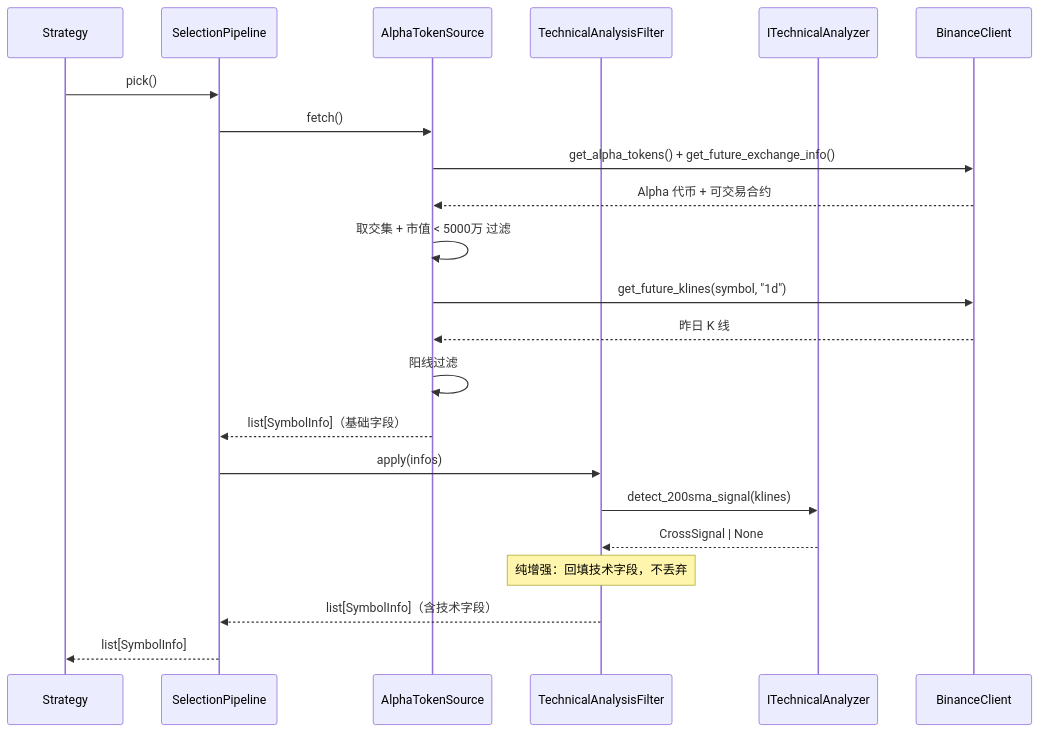
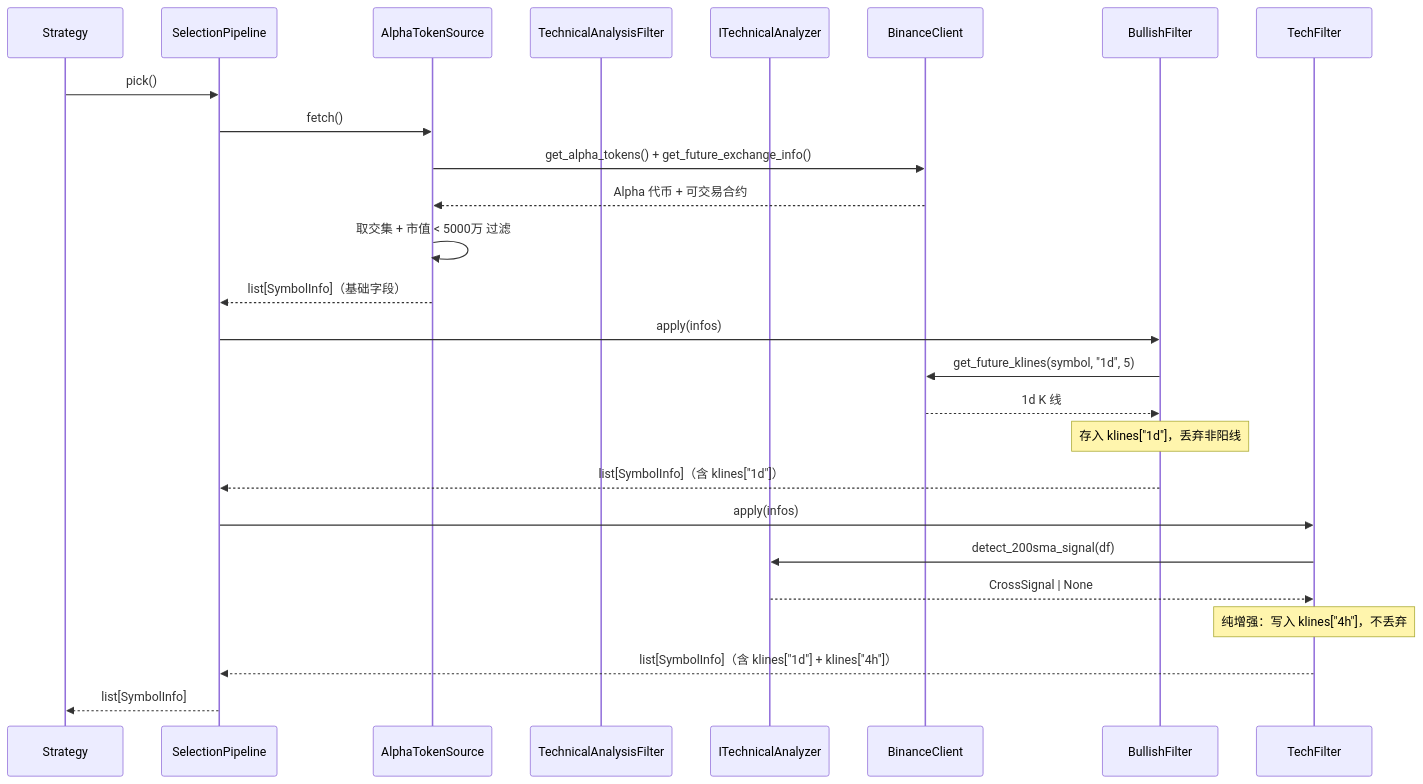
Before and after one commit to cqlwm/trading-service: the third of 6 diagrams in architecture_document/06-integration.md, drawn with Mermaid. The commit also changed 25 other files, not shown here.

First line of the commit message:
feat: Refactor technical analysis pipeline to utilize klines DataFrame

````diff
--- a/architecture_document/06-integration.md
+++ b/architecture_document/06-integration.md
@@ -106,25 +106,27 @@
 ```mermaid
 sequenceDiagram
     participant Strategy as Strategy
     participant Pipeline as SelectionPipeline
     participant Source as AlphaTokenSource
     participant Filter as TechnicalAnalysisFilter
     participant Analyzer as ITechnicalAnalyzer
     participant Binance as BinanceClient
 
     Strategy->>Pipeline: pick()
     Pipeline->>Source: fetch()
     Source->>Binance: get_alpha_tokens() + get_future_exchange_info()
     Binance-->>Source: Alpha 代币 + 可交易合约
     Source->>Source: 取交集 + 市值 < 5000万 过滤
-    Source->>Binance: get_future_klines(symbol, "1d")
-    Binance-->>Source: 昨日 K 线
-    Source->>Source: 阳线过滤
     Source-->>Pipeline: list[SymbolInfo]（基础字段）
-    Pipeline->>Filter: apply(infos)
-    Filter->>Analyzer: detect_200sma_signal(klines)
-    Analyzer-->>Filter: CrossSignal | None
-    Note over Filter: 纯增强：回填技术字段，不丢弃
-    Filter-->>Pipeline: list[SymbolInfo]（含技术字段）
+    Pipeline->>BullishFilter: apply(infos)
+    BullishFilter->>Binance: get_future_klines(symbol, "1d", 5)
+    Binance-->>BullishFilter: 1d K 线
+    Note over BullishFilter: 存入 klines["1d"]，丢弃非阳线
+    BullishFilter-->>Pipeline: list[SymbolInfo]（含 klines["1d"]）
+    Pipeline->>TechFilter: apply(infos)
+    TechFilter->>Analyzer: detect_200sma_signal(df)
+    Analyzer-->>TechFilter: CrossSignal | None
+    Note over TechFilter: 纯增强：写入 klines["4h"]，不丢弃
+    TechFilter-->>Pipeline: list[SymbolInfo]（含 klines["1d"] + klines["4h"]）
     Pipeline-->>Strategy: list[SymbolInfo]
 ```
````
